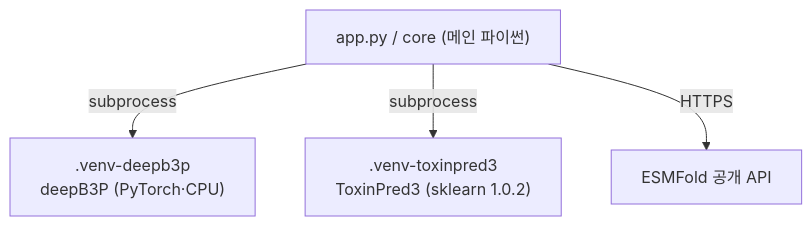
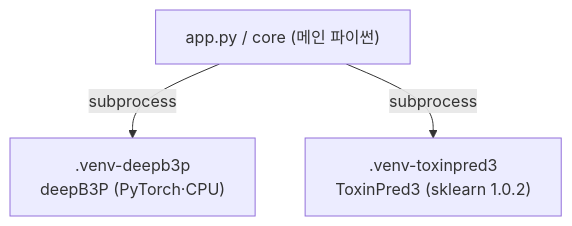
Before and after one commit to yunseul6028/BBB-Optimizer: the ninth of 10 diagrams in 아키텍처.md, drawn with Mermaid. The commit also changed other lines of this file and 10 other files, not shown here.

````diff
--- a/아키텍처.md
+++ b/아키텍처.md
@@ -364,6 +357,5 @@
 ```mermaid
 flowchart TB
   APP["app.py / core (메인 파이썬)"] -->|subprocess| DV[".venv-deepb3p<br/>deepB3P (PyTorch·CPU)"]
   APP -->|subprocess| TV[".venv-toxinpred3<br/>ToxinPred3 (sklearn 1.0.2)"]
-  APP -->|HTTPS| API["ESMFold 공개 API"]
 ```
````
